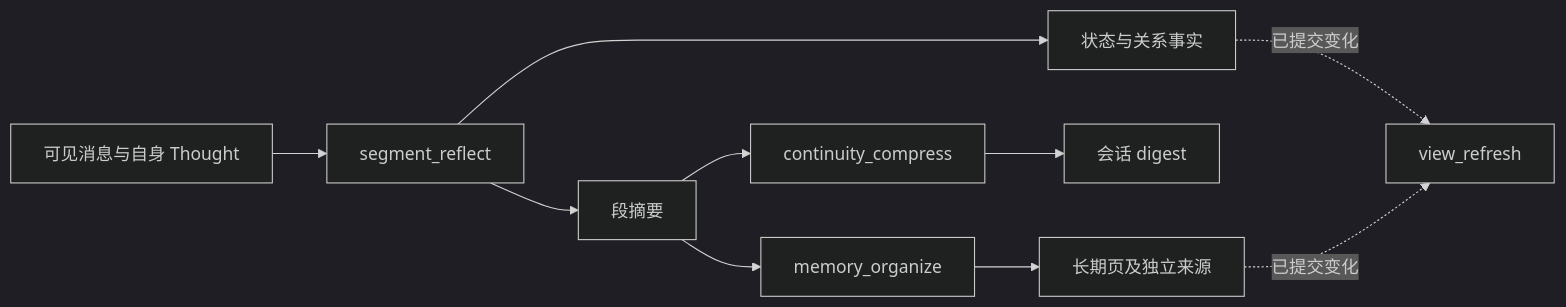
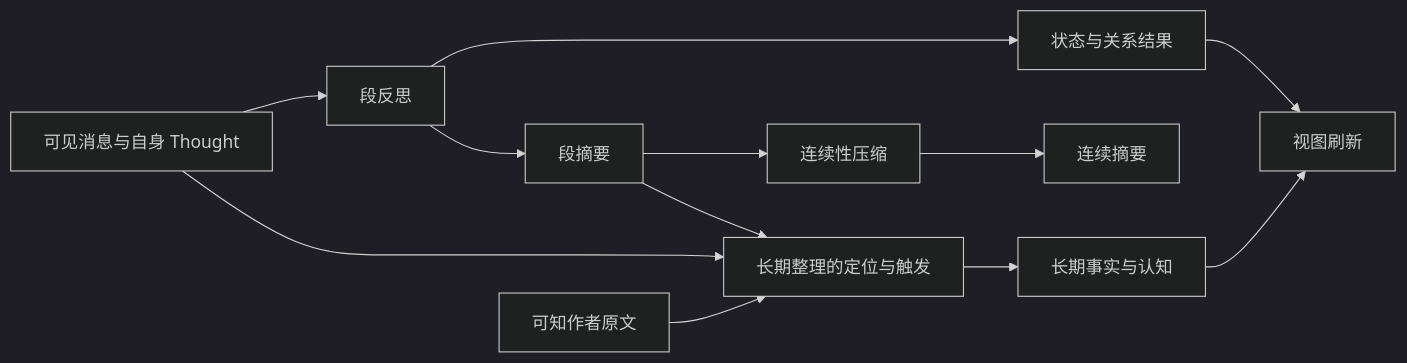
One commit to Weilan0811/echo-commons changed the diagram in server/docs/design/reflection/README.md. Above: the diagram before and after it, drawn with Mermaid (dark theme). The commit also changed other lines of this file and 25 other files, not shown here.

````diff
--- a/server/docs/design/reflection/README.md
+++ b/server/docs/design/reflection/README.md
@@ -12,12 +12,14 @@
 ```mermaid
 flowchart LR
-  M[可见消息与自身 Thought] --> S[segment_reflect]
-  S --> SS[段摘要]
-  S --> F[状态与关系事实]
-  SS --> C[continuity_compress]
-  SS --> O[memory_organize]
-  C --> D[会话 digest]
-  O --> L[长期页及独立来源]
-  F -. 已提交变化 .-> V[view_refresh]
-  L -. 已提交变化 .-> V
+    R[可见消息与自身 Thought] --> S[段反思]
+    S --> SS[段摘要]
+    S --> ST[状态与关系结果]
+    SS --> C[连续性压缩]
+    C --> D[连续摘要]
+    SS --> O[长期整理的定位与触发]
+    R --> O
+    A[可知作者原文] --> O
+    O --> F[长期事实与认知]
+    ST --> V[视图刷新]
+    F --> V
 ```
````
